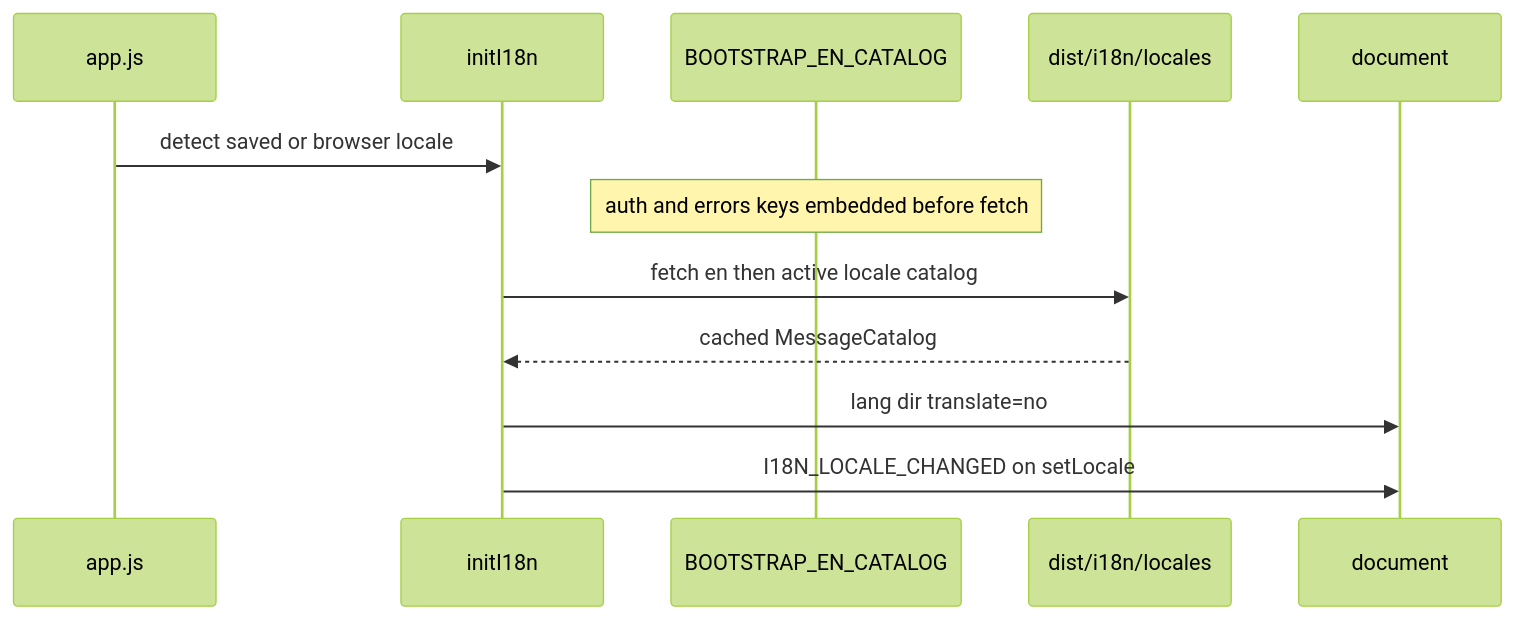
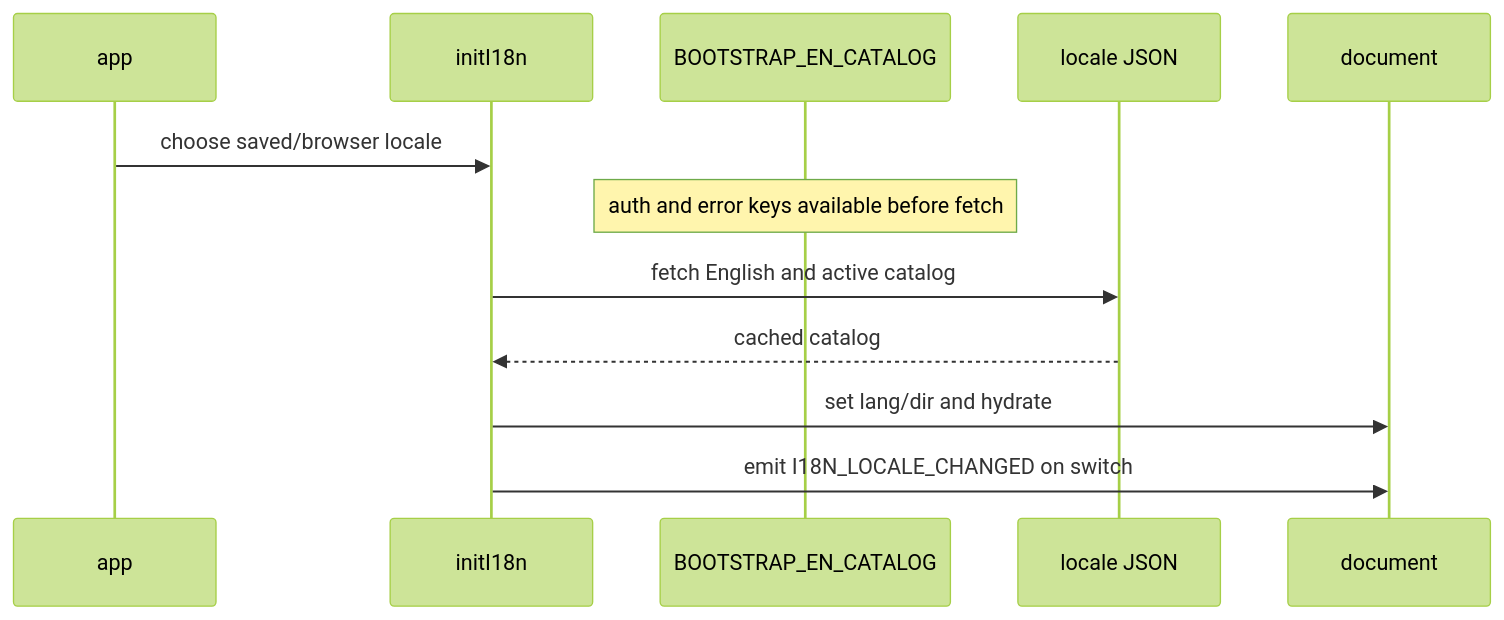
The fourth of 4 diagrams in docs/diagrams/scrumboy_frontend_spa.md (markrai/scrumboy), drawn with Mermaid (forest theme) before and after one commit. The commit also changed other lines of this file and 189 other files, not shown here.

````diff
--- a/docs/diagrams/scrumboy_frontend_spa.md
+++ b/docs/diagrams/scrumboy_frontend_spa.md
@@ -41,15 +74,15 @@
 ```mermaid
 sequenceDiagram
-  participant App as app.js
+  participant App as app
   participant I18n as initI18n
   participant Boot as BOOTSTRAP_EN_CATALOG
-  participant JSON as dist/i18n/locales
+  participant JSON as locale JSON
   participant DOM as document
 
-  App->>I18n: detect saved or browser locale
-  Note over Boot: auth and errors keys embedded before fetch
-  I18n->>JSON: fetch en then active locale catalog
-  JSON-->>I18n: cached MessageCatalog
-  I18n->>DOM: lang dir translate=no
-  I18n->>DOM: I18N_LOCALE_CHANGED on setLocale
+  App->>I18n: choose saved/browser locale
+  Note over Boot: auth and error keys available before fetch
+  I18n->>JSON: fetch English and active catalog
+  JSON-->>I18n: cached catalog
+  I18n->>DOM: set lang/dir and hydrate
+  I18n->>DOM: emit I18N_LOCALE_CHANGED on switch
 ```
````
